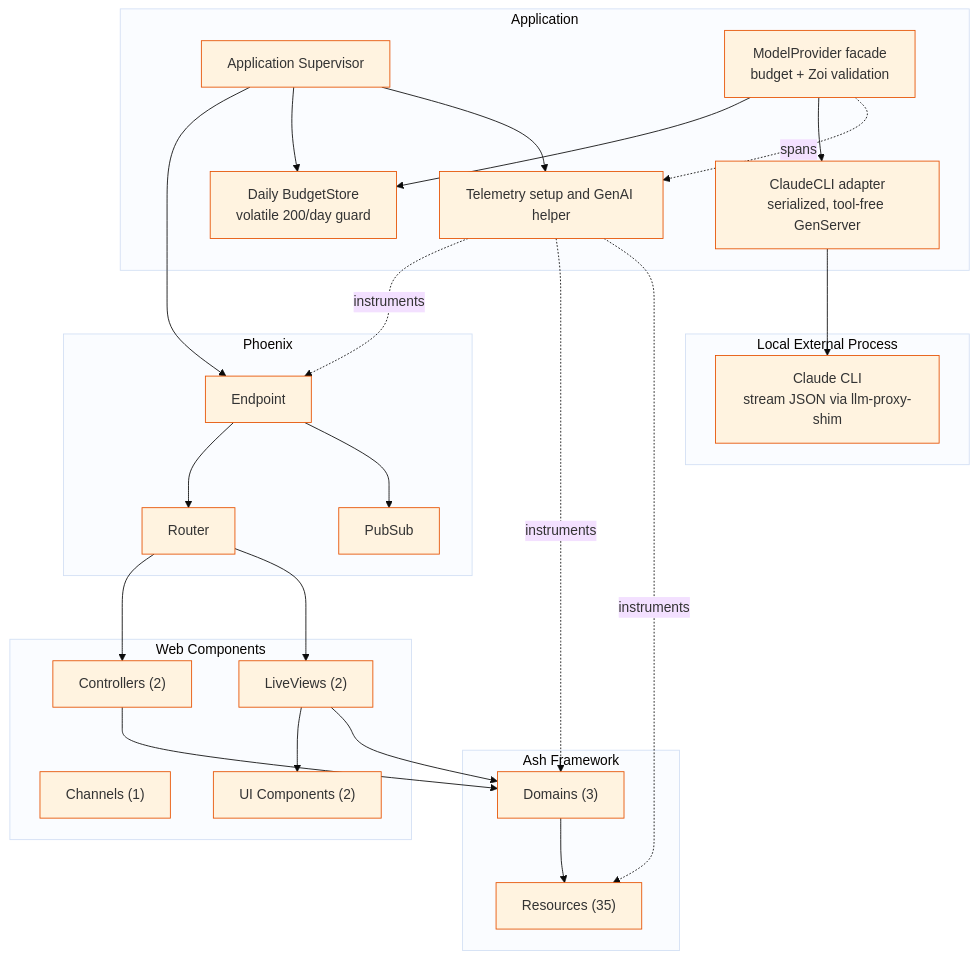
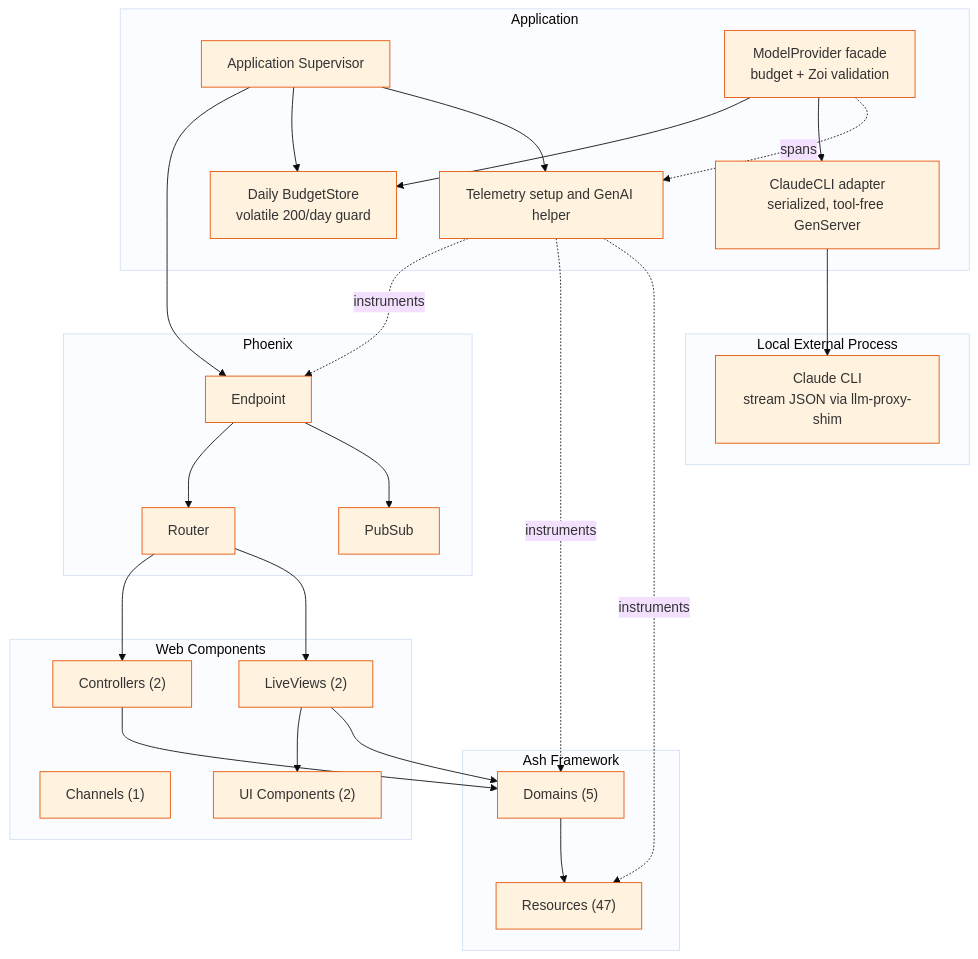
The diagram in docs/architecture/components.md (chops/sdr_agent), drawn with Mermaid before and after one commit. The commit also changed other lines of this file and 4 other files, not shown here.

Commit message:
S5: update architecture diagrams and record implementation notes

````diff
--- a/docs/architecture/components.md
+++ b/docs/architecture/components.md
@@ -9,52 +9,52 @@
 ```mermaid
 %%{init: {'theme': 'base', 'themeVariables': { 'primaryColor': '#fff3e0', 'primaryBorderColor': '#e65100'}}}%%
 graph TB
     subgraph Application["Application"]
         App[Application Supervisor]
         Budget[Daily BudgetStore<br/>volatile 200/day guard]
         ModelProvider[ModelProvider facade<br/>budget + Zoi validation]
         ClaudeCLIAdapter[ClaudeCLI adapter<br/>serialized, tool-free GenServer]
         Telemetry[Telemetry setup and GenAI helper]
     end
 
     subgraph Phoenix["Phoenix"]
         Endpoint[Endpoint]
         Router[Router]
         PubSub[PubSub]
     end
 
     subgraph Web["Web Components"]
         Controllers["Controllers (2)"]
         LiveViews["LiveViews (2)"]
         Channels["Channels (1)"]
         UIComponents["UI Components (2)"]
     end
 
     subgraph Ash["Ash Framework"]
-        Domains["Domains (3)"]
-        Resources["Resources (35)"]
+        Domains["Domains (5)"]
+        Resources["Resources (47)"]
     end
 
     subgraph External["Local External Process"]
         Claude[Claude CLI<br/>stream JSON via llm-proxy-shim]
     end
 
     App --> Endpoint
     App --> Budget
     App --> Telemetry
     ModelProvider --> Budget
     ModelProvider --> ClaudeCLIAdapter
     ModelProvider -. spans .-> Telemetry
     ClaudeCLIAdapter --> Claude
     Endpoint --> Router
     Endpoint --> PubSub
     Router --> Controllers
     Router --> LiveViews
     LiveViews --> UIComponents
     Controllers --> Domains
     LiveViews --> Domains
     Domains --> Resources
     Telemetry -. instruments .-> Endpoint
     Telemetry -. instruments .-> Domains
     Telemetry -. instruments .-> Resources
 ```
````
